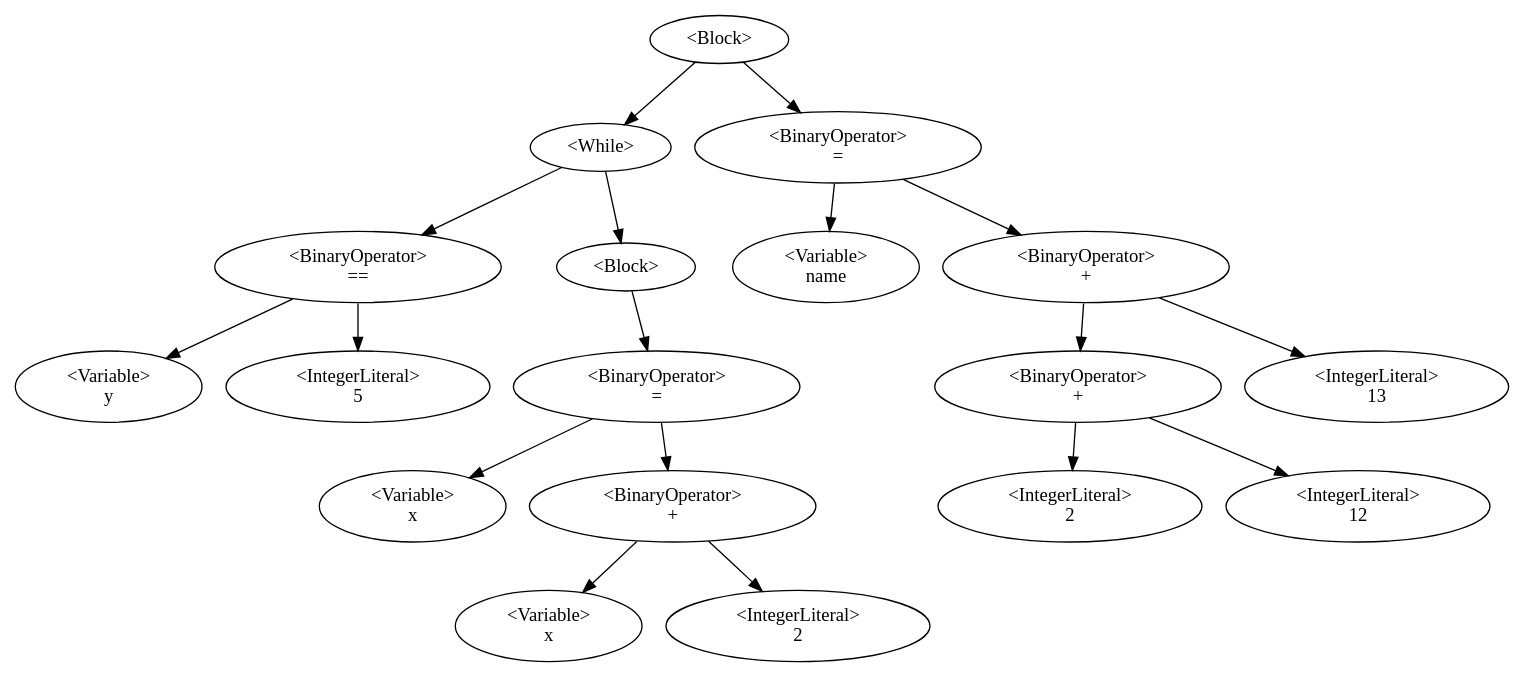
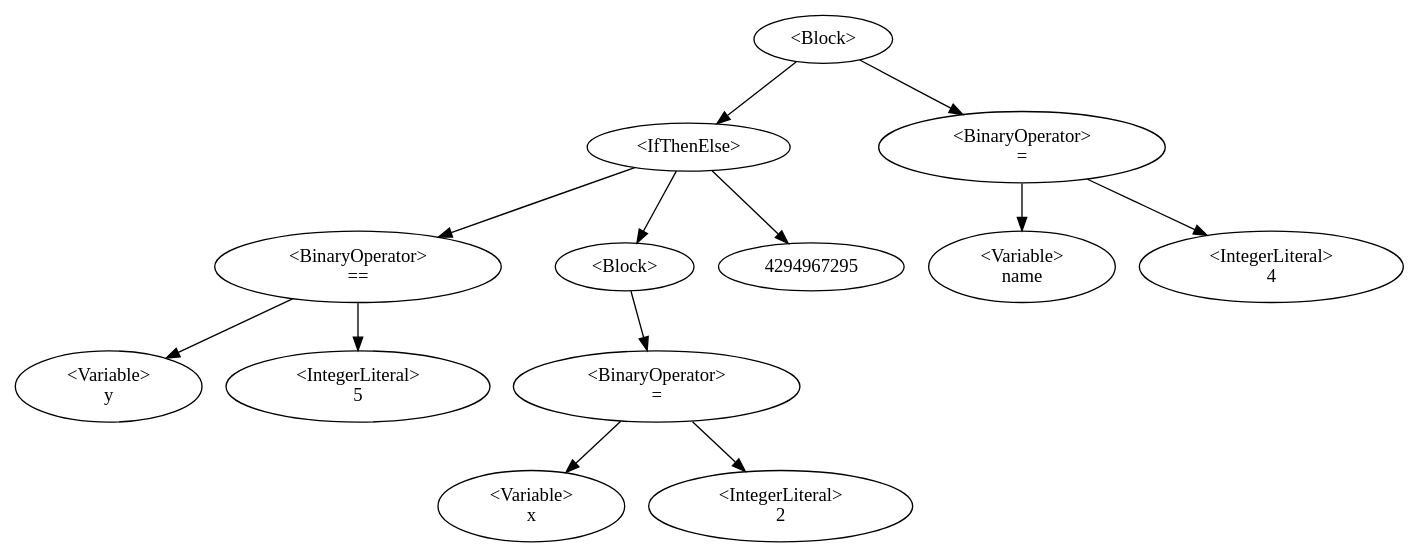
Before and after one commit to QazmoQwerty/dino: the diagram in Dino/Dino/AstDisplay.gv, drawn with Graphviz. The commit also changed 6 other files, not shown here.

```diff
--- a/Dino/Dino/AstDisplay.gv
+++ b/Dino/Dino/AstDisplay.gv
@@ -1,20 +1,14 @@
 digraph G {
-0 [label="<Block>"];0->1;0->12;
-1 [label="<While>"];1->3;1->5;
+0 [label="<Block>"];0->1;0->10;
+1 [label="<IfThenElse>"];1->3;1->5;1->4294967295;
 3 [label="<BinaryOperator>\n=="];3->2;3->4;
 2 [label="<Variable>\ny"];
 4 [label="<IntegerLiteral>\n5"];
 5 [label="<Block>"];5->7;
-7 [label="<BinaryOperator>\n="];7->6;7->9;
+7 [label="<BinaryOperator>\n="];7->6;7->8;
 6 [label="<Variable>\nx"];
-9 [label="<BinaryOperator>\n+"];9->8;9->10;
-8 [label="<Variable>\nx"];
-10 [label="<IntegerLiteral>\n2"];
-12 [label="<BinaryOperator>\n="];12->11;12->16;
-11 [label="<Variable>\nname"];
-16 [label="<BinaryOperator>\n+"];16->14;16->17;
-14 [label="<BinaryOperator>\n+"];14->13;14->15;
-13 [label="<IntegerLiteral>\n2"];
-15 [label="<IntegerLiteral>\n12"];
-17 [label="<IntegerLiteral>\n13"];
+8 [label="<IntegerLiteral>\n2"];
+10 [label="<BinaryOperator>\n="];10->9;10->11;
+9 [label="<Variable>\nname"];
+11 [label="<IntegerLiteral>\n4"];
 }
```
